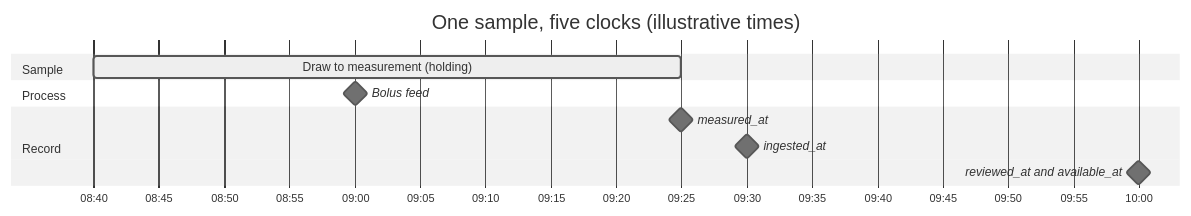
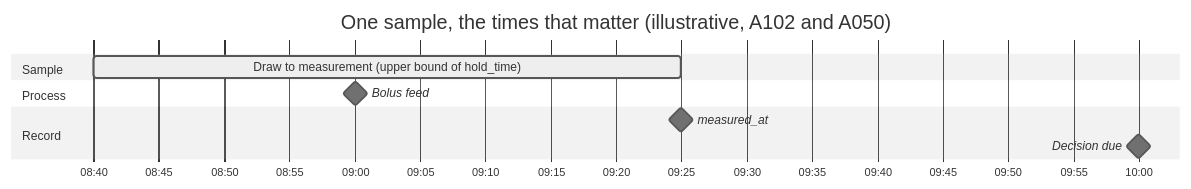
Before and after one commit to jin-wolee/LS_Bioprocess: the second of 5 diagrams in docs/design/data_model.md, drawn with Mermaid (neutral theme). The commit also changed other lines of this file and 4 other files, not shown here.

````diff
--- a/docs/design/data_model.md
+++ b/docs/design/data_model.md
@@ -129,14 +140,13 @@
 ```mermaid
 gantt
-  title One sample, five clocks (illustrative times)
+  title One sample, the times that matter (illustrative, A102 and A050)
   dateFormat HH:mm
   axisFormat %H:%M
   section Sample
-  Draw to measurement (holding) :active, hold, 08:40, 09:25
+  Draw to measurement (upper bound of hold_time) :active, hold, 08:40, 09:25
   section Process
   Bolus feed :milestone, feed, 09:00, 0m
   section Record
   measured_at :milestone, meas, 09:25, 0m
-  ingested_at :milestone, ing, 09:30, 0m
-  reviewed_at and available_at :milestone, rev, 10:00, 0m
+  Decision due :milestone, due, 10:00, 0m
 ```
````
